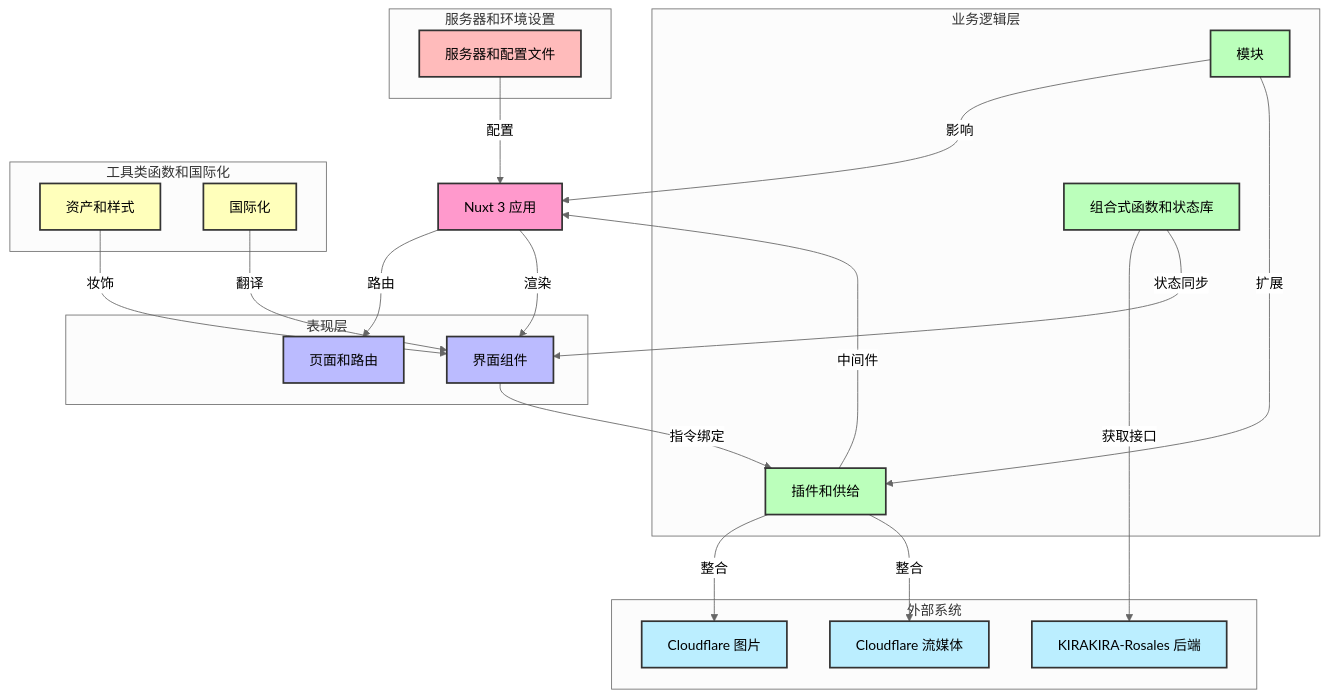
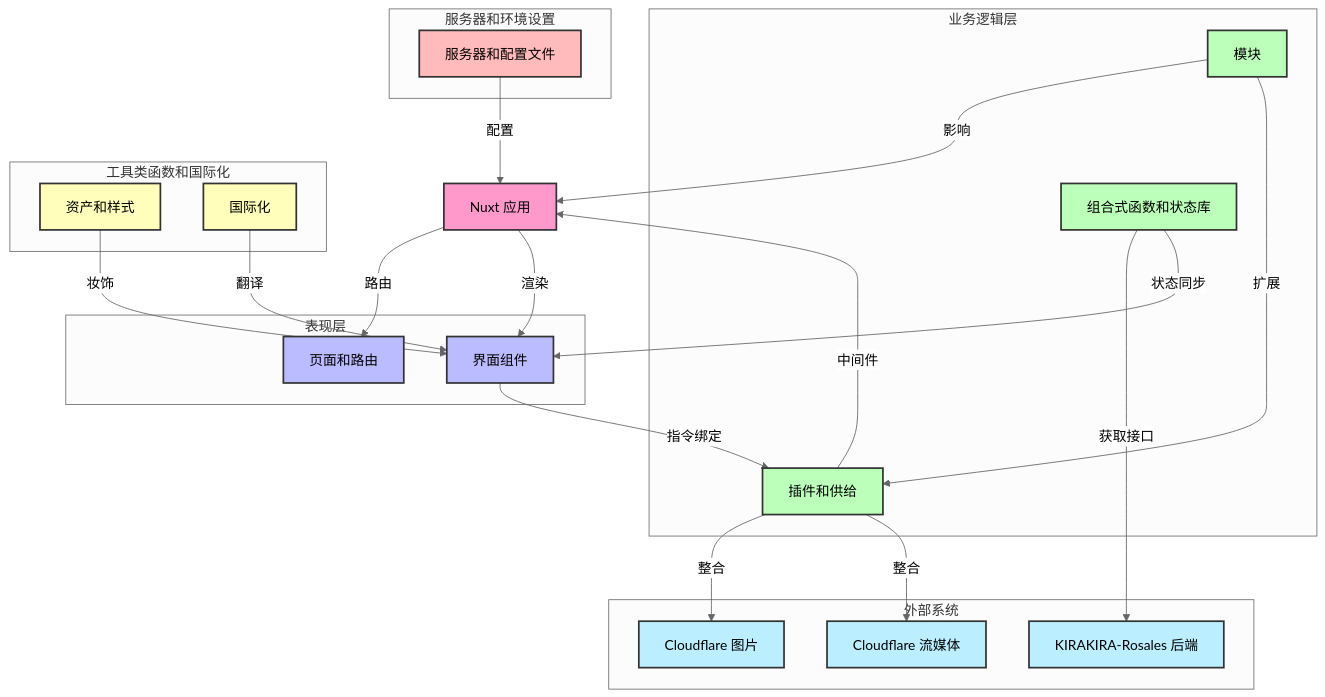
Before and after one commit to tratiger/KIRAKIRA-Cerasus-self: the diagram in README.md, drawn with Mermaid (neutral theme). The commit also changed other lines of this file and 2 other files, not shown here.

````diff
--- a/README.md
+++ b/README.md
@@ -40,79 +40,79 @@
 ```mermaid
 
 flowchart TD
     %% 核心应用
-    NuxtApp["Nuxt 3 应用"]:::frontend
+    NuxtApp["Nuxt 应用"]:::frontend
 
     %% 表现层
     subgraph "表现层"
         Pages["页面和路由"]:::presentation
         UIComponents["界面组件"]:::presentation
     end
 
     %% 业务逻辑层
     subgraph "业务逻辑层"
         ComposablesStores["组合式函数和状态库"]:::business
         Modules["模块"]:::business
         PluginsProviders["插件和供给"]:::business
     end
 
     %% 工具类函数和国际化
     subgraph "工具类函数和国际化"
         AssetsStyling["资产和样式"]:::utilities
         Internationalization["国际化"]:::utilities
     end
 
     %% 服务器和环境设置
     subgraph "服务器和环境设置"
         ServerEnv["服务器和配置文件"]:::server
     end
 
     %% 外部系统
     subgraph "外部系统"
         Backend["KIRAKIRA-Rosales 后端"]:::external
         CloudflareImages["Cloudflare 图片"]:::external
         CloudflareStream["Cloudflare 流媒体"]:::external
     end
 
     %% Connections between layers
     NuxtApp -->|"路由"| Pages
     NuxtApp -->|"渲染"| UIComponents
     Modules -->|"影响"| NuxtApp
     PluginsProviders -->|"中间件"| NuxtApp
     ComposablesStores -->|"获取接口"| Backend
     PluginsProviders -->|"整合"| CloudflareImages
     PluginsProviders -->|"整合"| CloudflareStream
     UIComponents -->|"指令绑定"| PluginsProviders
     AssetsStyling -->|"妆饰"| UIComponents
     Internationalization -->|"翻译"| UIComponents
     ComposablesStores -->|"状态同步"| UIComponents
     Modules -->|"扩展"| PluginsProviders
     ServerEnv -->|"配置"| NuxtApp
 
     %% Class definitions with colors
     classDef frontend fill:#f9c,stroke:#333,stroke-width:2px;
     classDef presentation fill:#bbf,stroke:#333,stroke-width:2px;
     classDef business fill:#bfb,stroke:#333,stroke-width:2px;
     classDef utilities fill:#ffb,stroke:#333,stroke-width:2px;
     classDef server fill:#fbb,stroke:#333,stroke-width:2px;
     classDef external fill:#bef,stroke:#333,stroke-width:2px;
 
     %% Click Events
     click NuxtApp "https://github.com/kirakira-douga/kirakira-cerasus/blob/develop/nuxt.config.ts"
     click NuxtApp "https://github.com/kirakira-douga/kirakira-cerasus/blob/develop/app.vue"
     click Pages "https://github.com/kirakira-douga/kirakira-cerasus/tree/develop/pages"
     click UIComponents "https://github.com/kirakira-douga/kirakira-cerasus/tree/develop/components"
     click Modules "https://github.com/kirakira-douga/kirakira-cerasus/tree/develop/modules"
     click ComposablesStores "https://github.com/kirakira-douga/kirakira-cerasus/tree/develop/composables"
     click ComposablesStores "https://github.com/kirakira-douga/kirakira-cerasus/blob/develop/stores/app-settings.ts"
     click AssetsStyling "https://github.com/kirakira-douga/kirakira-cerasus/tree/develop/assets"
     click AssetsStyling "https://github.com/kirakira-douga/kirakira-cerasus/tree/develop/helpers"
     click AssetsStyling "https://github.com/kirakira-douga/kirakira-cerasus/tree/develop/utils"
     click PluginsProviders "https://github.com/kirakira-douga/kirakira-cerasus/tree/develop/plugins"
     click PluginsProviders "https://github.com/kirakira-douga/kirakira-cerasus/tree/develop/providers/nuxt-image"
     click Internationalization "https://github.com/kirakira-douga/kirakira-cerasus/tree/develop/locales"
     click ServerEnv "https://github.com/kirakira-douga/kirakira-cerasus/tree/develop/server"
     click ServerEnv "https://github.com/kirakira-douga/kirakira-cerasus/blob/develop/tsconfig.json"
     click ServerEnv "https://github.com/kirakira-douga/kirakira-cerasus/blob/develop/.npmrc"
     click ServerEnv "https://github.com/kirakira-douga/kirakira-cerasus/blob/develop/pnpm-lock.yaml"
 ```
````
